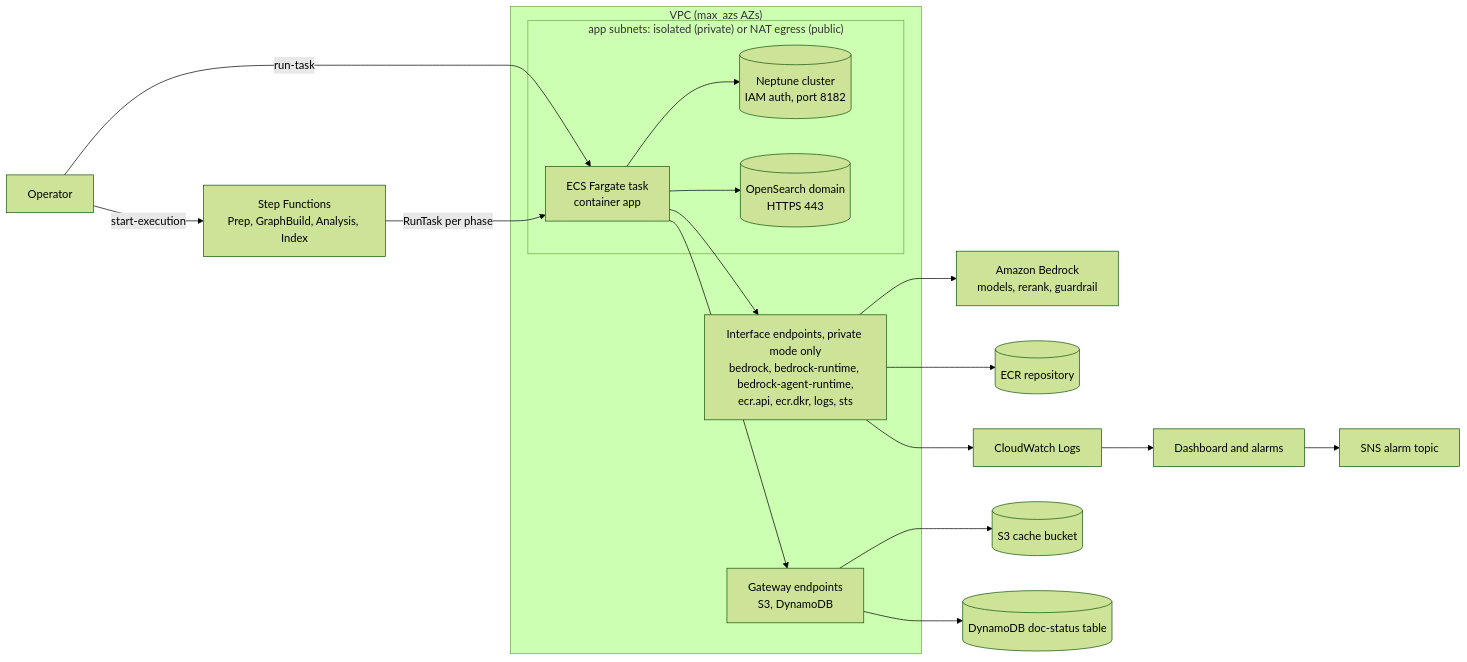
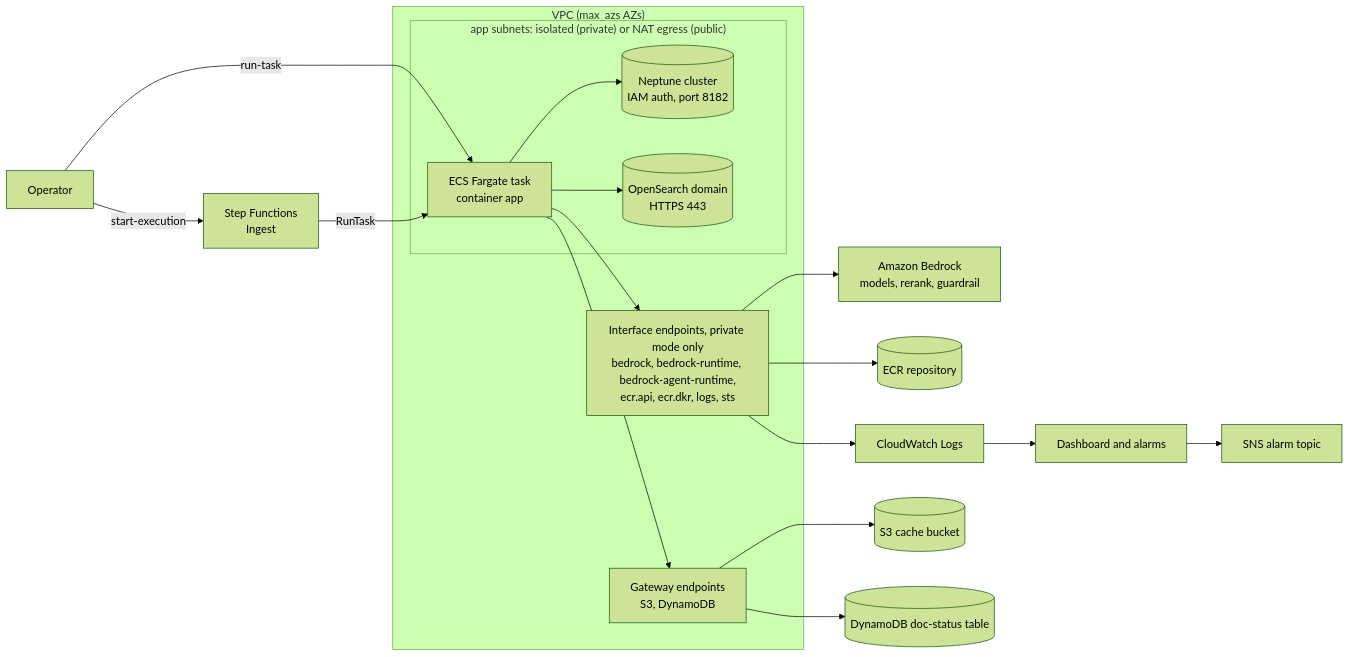
Before and after one commit to awslabs/unified-kg-rag-on-aws: the diagram in iac/README.md, drawn with Mermaid (forest theme). The commit also changed other lines of this file and 27 other files, not shown here.

First line of the commit message:
feat(iac): run ingestion as one task on its deployed revision (#328)

````diff
--- a/iac/README.md
+++ b/iac/README.md
@@ -199,25 +197,25 @@
 ```mermaid
 flowchart LR
-    operator["Operator"] -->|start-execution| sfn["Step Functions<br/>Prep, GraphBuild, Analysis, Index"]
+    operator["Operator"] -->|start-execution| sfn["Step Functions<br/>Ingest"]
     operator -->|run-task| task
-    sfn -->|RunTask per phase| task
+    sfn -->|RunTask| task
     subgraph vpc["VPC (max_azs AZs)"]
         subgraph app["app subnets: isolated (private) or NAT egress (public)"]
             task["ECS Fargate task<br/>container app"]
             neptune[("Neptune cluster<br/>IAM auth, port 8182")]
             opensearch[("OpenSearch domain<br/>HTTPS 443")]
         end
         iface["Interface endpoints, private mode only<br/>bedrock, bedrock-runtime, bedrock-agent-runtime,<br/>ecr.api, ecr.dkr, logs, sts"]
         gateway["Gateway endpoints<br/>S3, DynamoDB"]
     end
     task --> neptune
     task --> opensearch
     task --> iface
     task --> gateway
     iface --> bedrock["Amazon Bedrock<br/>models, rerank, guardrail"]
     iface --> ecr[("ECR repository")]
     iface --> logs["CloudWatch Logs"]
     gateway --> s3[("S3 cache bucket")]
     gateway --> ddb[("DynamoDB doc-status table")]
     logs --> alarms["Dashboard and alarms"] --> sns["SNS alarm topic"]
 ```
````
